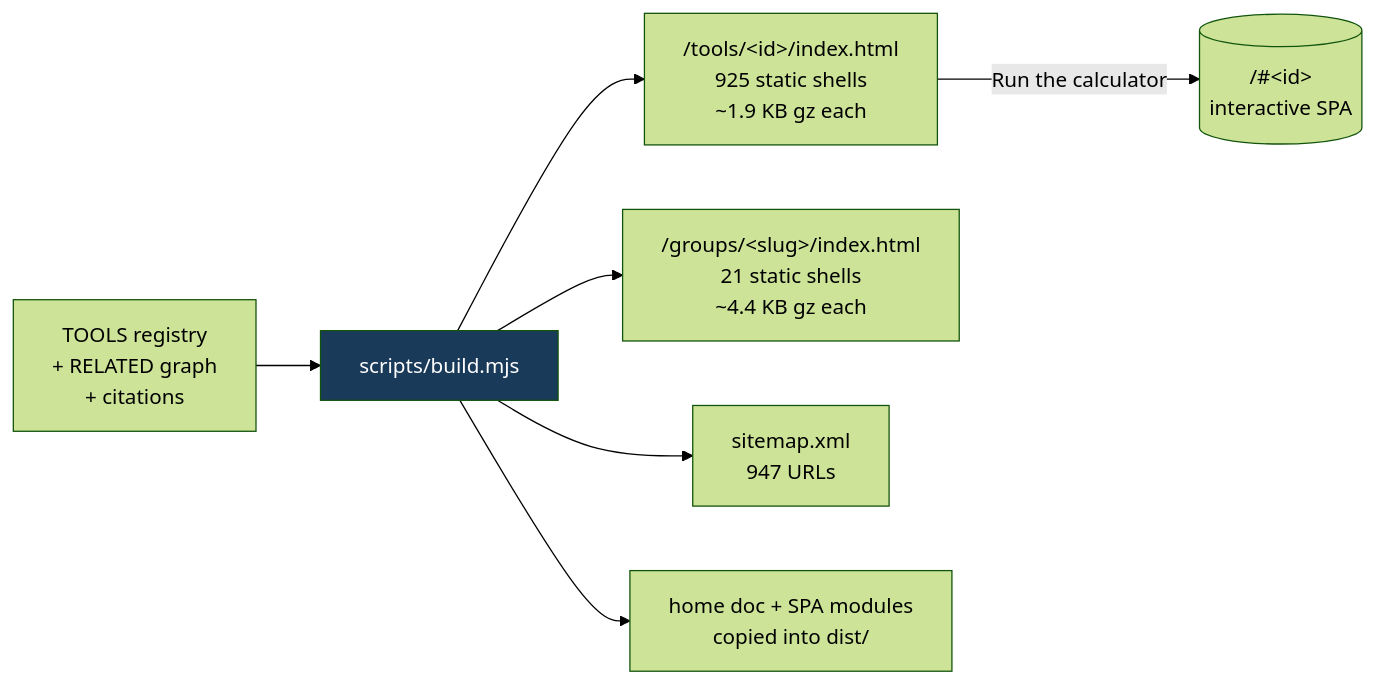
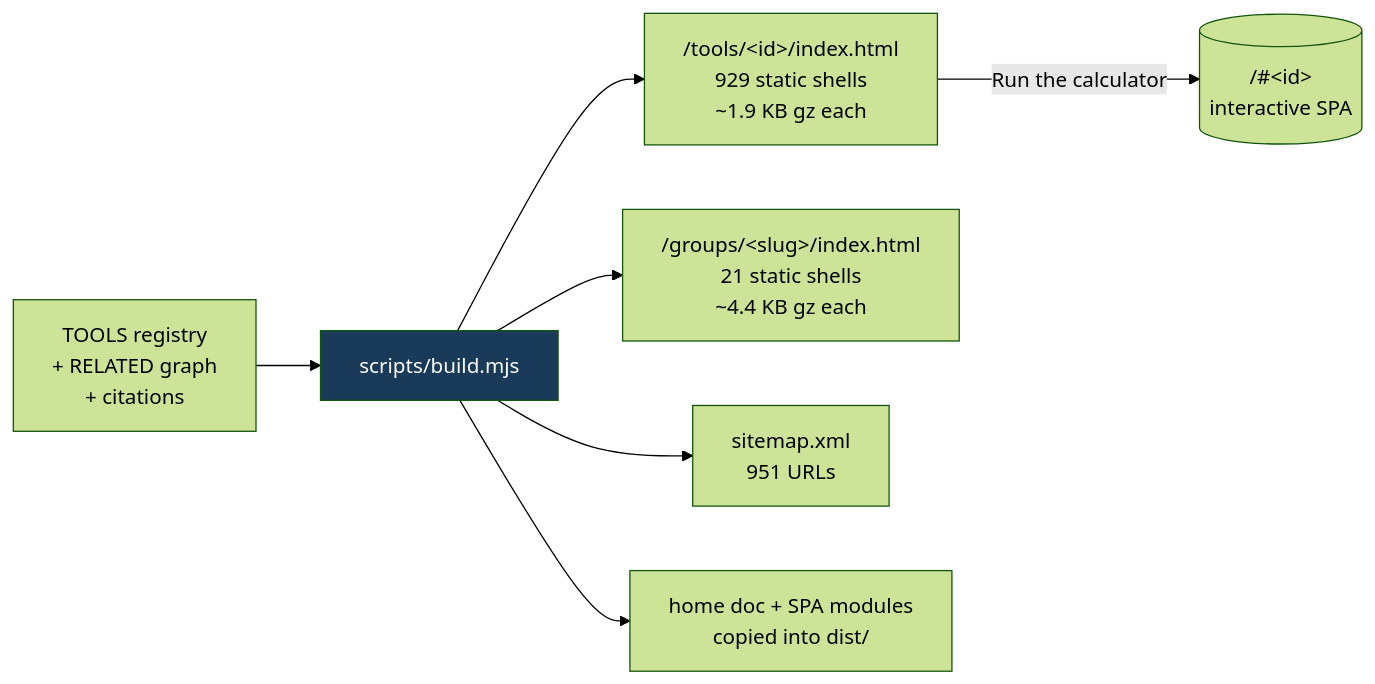
One commit to clay-good/roughlogic.com changed the fifth of 8 diagrams in README.md. Above: the diagram before and after it, drawn with Mermaid (forest theme). The commit also changed other lines of this file and 22 other files, not shown here.

````diff
--- a/README.md
+++ b/README.md
@@ -495,10 +495,10 @@
 ```mermaid
 flowchart LR
     SRC[TOOLS registry\n+ RELATED graph\n+ citations] --> BUILD[scripts/build.mjs]
-    BUILD --> TILE["/tools/&lt;id&gt;/index.html\n925 static shells\n~1.9 KB gz each"]
+    BUILD --> TILE["/tools/&lt;id&gt;/index.html\n929 static shells\n~1.9 KB gz each"]
     BUILD --> GROUP["/groups/&lt;slug&gt;/index.html\n21 static shells\n~4.4 KB gz each"]
-    BUILD --> MAP["sitemap.xml\n947 URLs"]
+    BUILD --> MAP["sitemap.xml\n951 URLs"]
     BUILD --> COPY[home doc + SPA modules\ncopied into dist/]
     TILE -->|Run the calculator| SPA[("/#&lt;id&gt;\ninteractive SPA")]
     style BUILD fill:#1a3a5a,color:#fff
 ```
````
